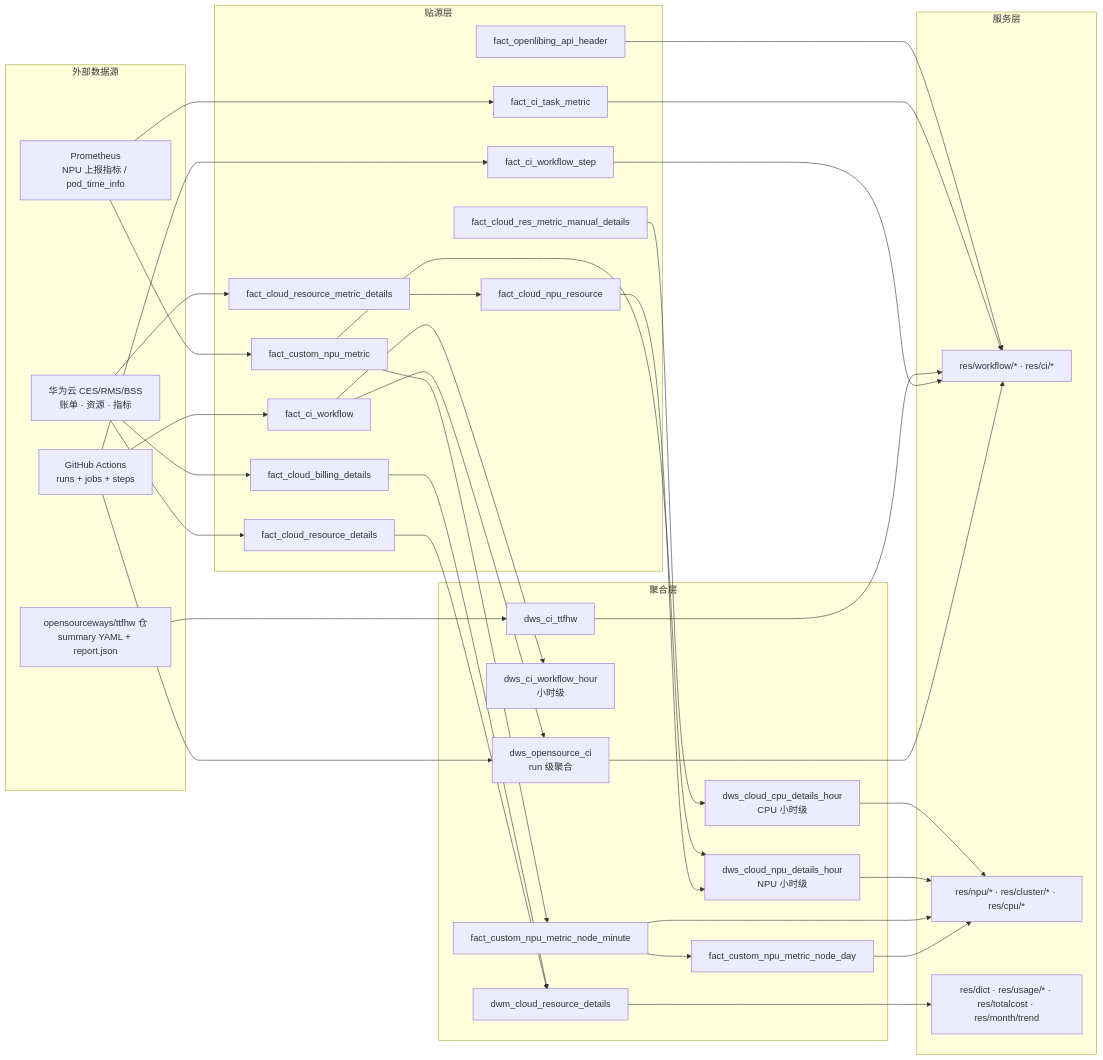
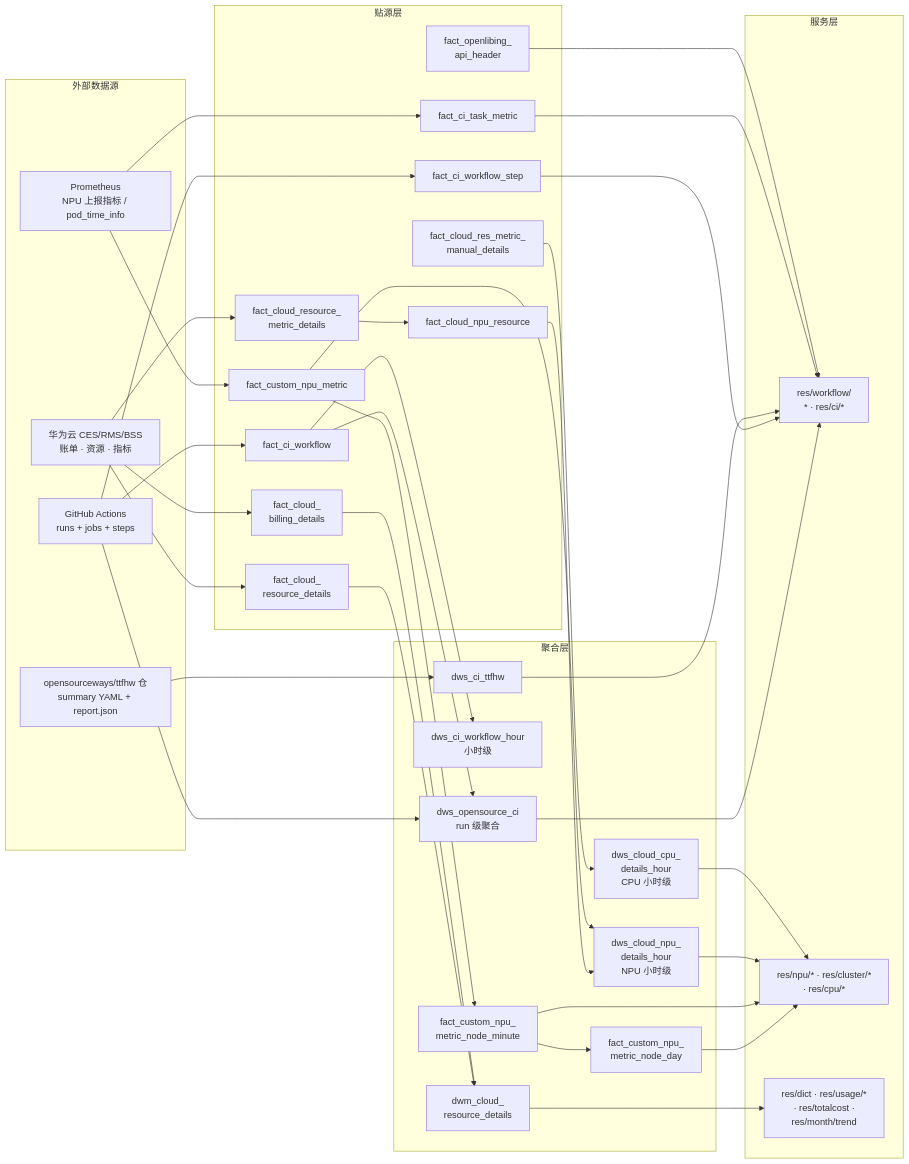
The fifth of 5 diagrams in src/om-datacenter.md (Kaede10/om-data), drawn with Mermaid before and after one commit. The commit also changed other lines of this file, not shown here.

````diff
--- a/src/om-datacenter.md
+++ b/src/om-datacenter.md
@@ -376,70 +377,70 @@
 ```mermaid
 graph LR
     subgraph 外部数据源
         GH[GitHub Actions<br/>runs + jobs + steps]
         PRO[Prometheus<br/>NPU 上报指标 / pod_time_info]
         CES[华为云 CES/RMS/BSS<br/>账单 · 资源 · 指标]
         TTF[opensourceways/ttfhw 仓<br/>summary YAML + report.json]
     end
 
     subgraph 贴源层
         FCW[fact_ci_workflow]
         FCWS[fact_ci_workflow_step]
         FCTM[fact_ci_task_metric]
         FNPU[fact_custom_npu_metric]
-        FCRM[fact_cloud_resource_metric_details]
+        FCRM[fact_cloud_resource_<br/>metric_details]
         FCNR[fact_cloud_npu_resource]
-        FCRMD[fact_cloud_res_metric_manual_details]
-        FCRD[fact_cloud_resource_details]
-        FCBD[fact_cloud_billing_details]
-        FOH[fact_openlibing_api_header]
+        FCRMD[fact_cloud_res_metric_<br/>manual_details]
+        FCRD[fact_cloud_<br/>resource_details]
+        FCBD[fact_cloud_<br/>billing_details]
+        FOH[fact_openlibing_<br/>api_header]
     end
 
     subgraph 聚合层
         DOCI[dws_opensource_ci<br/>run 级聚合]
         DCWH[dws_ci_workflow_hour<br/>小时级]
-        DNPD[dws_cloud_npu_details_hour<br/>NPU 小时级]
-        DCPD[dws_cloud_cpu_details_hour<br/>CPU 小时级]
-        DMD[dwm_cloud_resource_details]
-        FND[fact_custom_npu_metric_node_day]
-        FNM[fact_custom_npu_metric_node_minute]
+        DNPD[dws_cloud_npu_<br/>details_hour<br/>NPU 小时级]
+        DCPD[dws_cloud_cpu_<br/>details_hour<br/>CPU 小时级]
+        DMD[dwm_cloud_<br/>resource_details]
+        FND[fact_custom_npu_<br/>metric_node_day]
+        FNM[fact_custom_npu_<br/>metric_node_minute]
         TTFW[dws_ci_ttfhw]
     end
 
     subgraph 服务层
-        A1[res/workflow/* · res/ci/*]
-        A2[res/npu/* · res/cluster/* · res/cpu/*]
-        A3[res/dict · res/usage/* · res/totalcost · res/month/trend]
+        A1[res/workflow/<br/>* · res/ci/*]
+        A2[res/npu/* · res/cluster/*<br/>· res/cpu/*]
+        A3[res/dict · res/usage/*<br/>· res/totalcost ·<br/>res/month/trend]
     end
 
     GH --> FCW
     GH --> FCWS
     GH --> DOCI
     PRO --> FCTM
     PRO --> FNPU
     CES --> FCRM
     CES --> FCRD
     CES --> FCBD
     TTF --> TTFW
 
     FCRM --> FCNR
     FCNR --> DNPD
     FNPU --> DNPD
     FNPU --> FNM
     FNM --> FND
     FCW --> DCWH
     FCRD & FCBD --> DMD
     FCRMD --> DCPD
     FCW --> DOCI
 
     DOCI --> A1
     FCWS --> A1
     TTFW --> A1
     FCTM --> A1
     FOH --> A1
     FND --> A2
     FNM --> A2
     DNPD --> A2
     DCPD --> A2
     DMD --> A3
 ```
````
